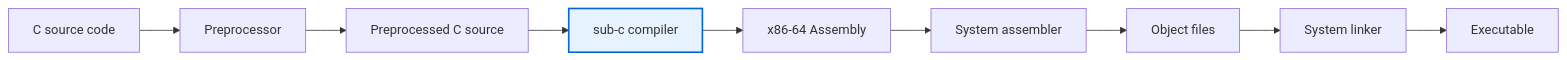
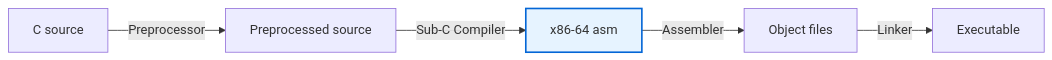
Before and after one commit to joshuanunn/sub-c: the diagram in README.md, drawn with Mermaid.

Commit message:
Tweak diagram

````diff
--- a/README.md
+++ b/README.md
@@ -93,16 +93,15 @@
 ```mermaid
 flowchart LR
-    A["C source code"]
-    B["Preprocessor"]
-    C["Preprocessed C source"]
-    D["sub-c compiler"]
-    E["x86-64 Assembly"]
-    F["System assembler"]
-    G["Object files"]
-    H["System linker"]
-    I["Executable"]
+    A["C source"]
+    B["Preprocessed source"]
+    C["x86-64 asm"] 
+    D["Object files"] 
+    E["Executable"]
 
-    A --> B --> C --> D --> E --> F --> G --> H --> I
+    A -- "Preprocessor" --> B
+    B -- "Sub-C Compiler" --> C
+    C -- "Assembler" --> D
+    D -- "Linker" --> E
 
-    style D fill:#e6f3ff,stroke:#0366d6,stroke-width:2px
+    style C fill:#e6f3ff,stroke:#0366d6,stroke-width:2px
 ```
````
